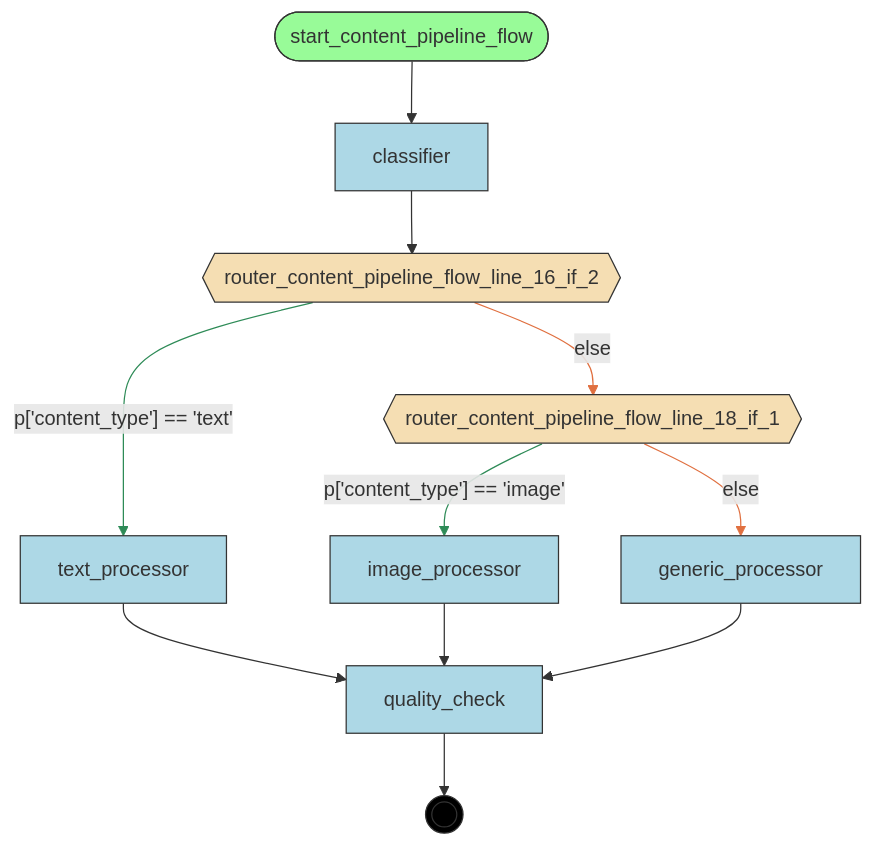
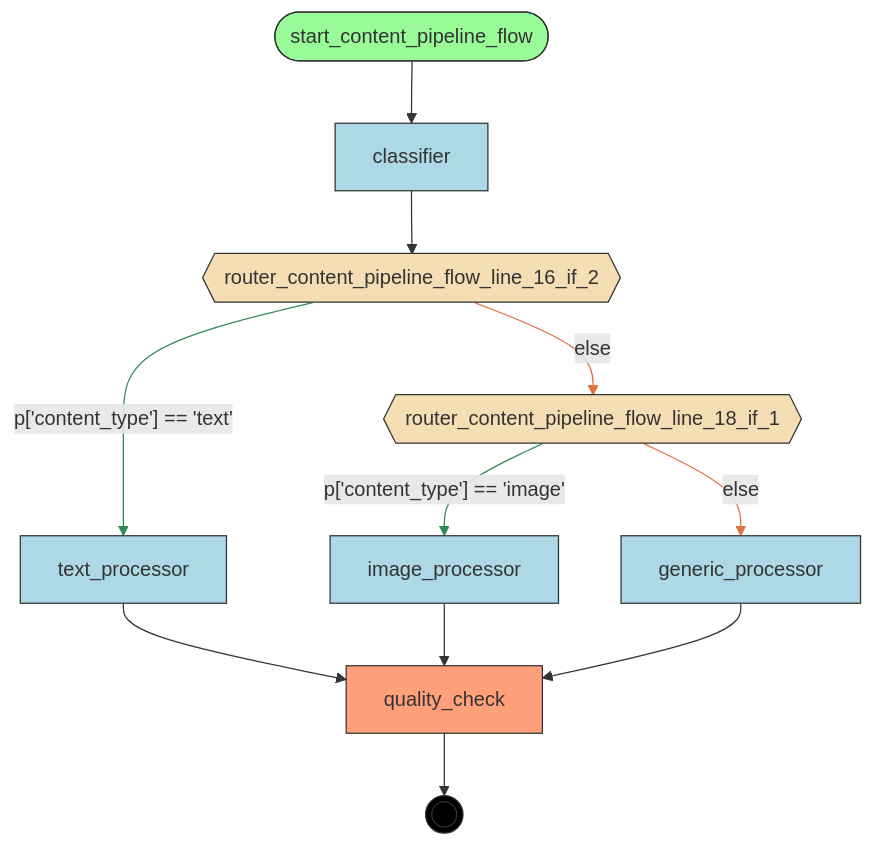
The diagram in examples/flows/compiled/async_conditional/flow.mmd (deliveryhero/asya), drawn with Mermaid before and after one commit. The commit also changed 364 other files, not shown here.

First line of the commit message:
feat(compiler): Phase 2 — 5-step pipeline with manifest generation and FlowInfo (#339)

```diff
--- a/examples/flows/compiled/async_conditional/flow.mmd
+++ b/examples/flows/compiled/async_conditional/flow.mmd
@@ -1,34 +1,36 @@
 flowchart TD
     %% Flow: content_pipeline_flow
 
     classifier[classifier]
     generic_processor[generic_processor]
     image_processor[image_processor]
     quality_check[quality_check]
     router_content_pipeline_flow_line_16_if_2{{router_content_pipeline_flow_line_16_if_2}}
     router_content_pipeline_flow_line_18_if_1{{router_content_pipeline_flow_line_18_if_1}}
     start_content_pipeline_flow([start_content_pipeline_flow])
     text_processor[text_processor]
     __end__((( )))
 
     start_content_pipeline_flow --> classifier
     classifier --> router_content_pipeline_flow_line_16_if_2
     router_content_pipeline_flow_line_18_if_1 -->|"p['content_type'] == 'image'"| image_processor
     router_content_pipeline_flow_line_18_if_1 -->|"else"| generic_processor
     router_content_pipeline_flow_line_16_if_2 -->|"p['content_type'] == 'text'"| text_processor
     text_processor --> quality_check
     router_content_pipeline_flow_line_16_if_2 -->|"else"| router_content_pipeline_flow_line_18_if_1
     image_processor --> quality_check
     generic_processor --> quality_check
     quality_check --> __end__
 
-    classDef entrypoint fill:#98FB98,stroke:#333
+    classDef start fill:#98FB98,stroke:#333
+    classDef endnode fill:#FFA07A,stroke:#333
     classDef router fill:#F5DEB3,stroke:#333
     classDef handler fill:#ADD8E6,stroke:#333
     classDef endpoint fill:#000,stroke:#333,color:#fff
-    class start_content_pipeline_flow entrypoint
+    class start_content_pipeline_flow start
+    class quality_check endnode
     class router_content_pipeline_flow_line_16_if_2,router_content_pipeline_flow_line_18_if_1 router
-    class classifier,generic_processor,image_processor,quality_check,text_processor handler
+    class classifier,generic_processor,image_processor,text_processor handler
     class __end__ endpoint
     linkStyle 2,4 stroke:#2E8B57
     linkStyle 3,6 stroke:#E07040
```
